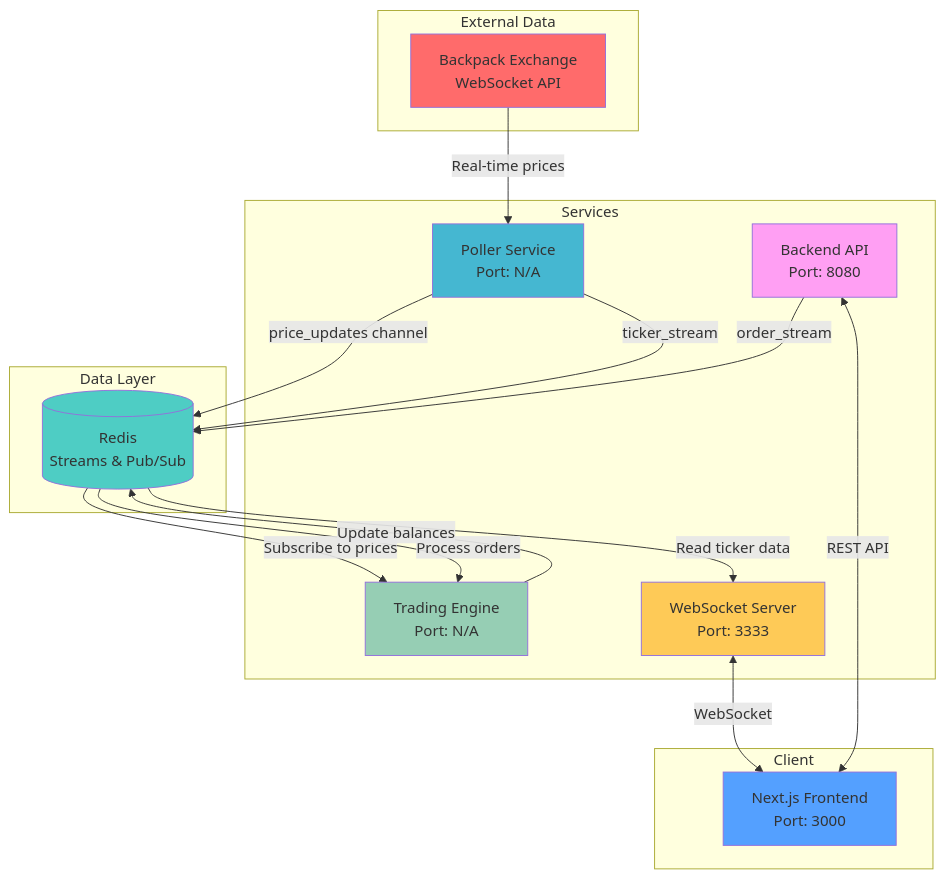
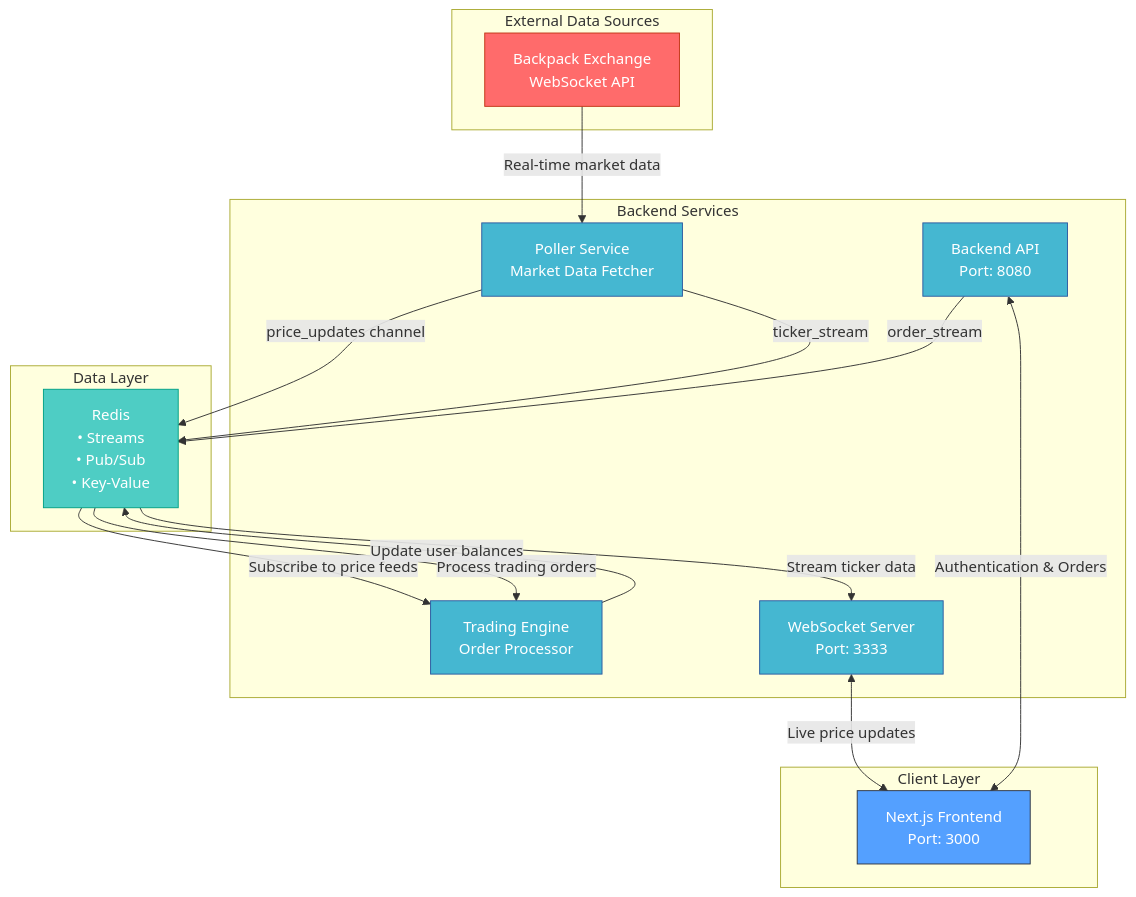
The diagram in README.md (GeneCodeSavvy/tradeless), drawn with Mermaid before and after one commit. The commit also changed other lines of this file, not shown here.

Commit message:
chore: update mermaid

````diff
--- a/README.md
+++ b/README.md
@@ -101,40 +101,44 @@
 ```mermaid
-graph TB
-    subgraph "External Data"
+flowchart TD
+    subgraph External["External Data Sources"]
         BP[Backpack Exchange<br/>WebSocket API]
     end
 
-    subgraph "Data Layer"
-        R[(Redis<br/>Streams & Pub/Sub)]
+    subgraph DataLayer["Data Layer"]
+        R[Redis<br/>• Streams<br/>• Pub/Sub<br/>• Key-Value]
     end
 
-    subgraph "Services"
-        P[Poller Service<br/>Port: N/A]
-        E[Trading Engine<br/>Port: N/A]
+    subgraph Services["Backend Services"]
+        P[Poller Service<br/>Market Data Fetcher]
+        E[Trading Engine<br/>Order Processor]
         WS[WebSocket Server<br/>Port: 3333]
         API[Backend API<br/>Port: 8080]
     end
 
-    subgraph "Client"
+    subgraph Client["Client Layer"]
         FE[Next.js Frontend<br/>Port: 3000]
     end
 
-    BP -->|Real-time prices| P
+    %% Data Flow
+    BP -->|Real-time market data| P
     P -->|price_updates channel| R
     P -->|ticker_stream| R
-    R -->|Subscribe to prices| E
+    R -->|Subscribe to price feeds| E
     API -->|order_stream| R
-    R -->|Process orders| E
-    E -->|Update balances| R
-    R -->|Read ticker data| WS
-    WS <-->|WebSocket| FE
-    API <-->|REST API| FE
+    R -->|Process trading orders| E
+    E -->|Update user balances| R
+    R -->|Stream ticker data| WS
+    WS <-->|Live price updates| FE
+    API <-->|Authentication & Orders| FE
 
-    style BP fill:#ff6b6b
-    style R fill:#4ecdc4
-    style P fill:#45b7d1
-    style E fill:#96ceb4
-    style WS fill:#feca57
-    style API fill:#ff9ff3
-    style FE fill:#54a0ff
+    %% Styling
+    classDef external fill:#ff6b6b,stroke:#c23616,color:#fff
+    classDef data fill:#4ecdc4,stroke:#00a085,color:#fff
+    classDef service fill:#45b7d1,stroke:#2c5aa0,color:#fff
+    classDef client fill:#54a0ff,stroke:#2f3542,color:#fff
+
+    class BP external
+    class R data
+    class P,E,WS,API service
+    class FE client
 ```
````
